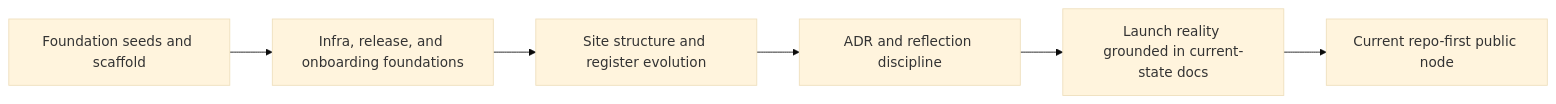
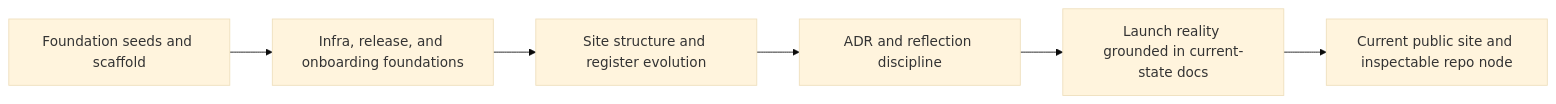
The second of 2 diagrams in docs/guidance/evolution-arc.md (Mikeys-Tech-Lab/poc), drawn with Mermaid (base theme) before and after one commit. The commit also changed other lines of this file and 115 other files, not shown here.

````diff
--- a/docs/guidance/evolution-arc.md
+++ b/docs/guidance/evolution-arc.md
@@ -34,8 +34,8 @@
 ```mermaid
 flowchart LR
   foundation["Foundation seeds and scaffold"] --> operations["Infra, release, and onboarding foundations"]
   operations --> siteShape["Site structure and register evolution"]
   siteShape --> adrDiscipline["ADR and reflection discipline"]
   adrDiscipline --> launchReality["Launch reality grounded in current-state docs"]
-  launchReality --> publicNode["Current repo-first public node"]
+  launchReality --> publicNode["Current public site and inspectable repo node"]
 ```
````
